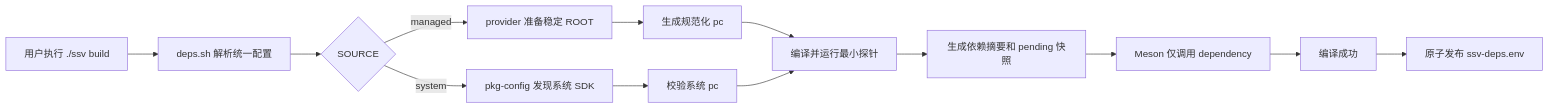
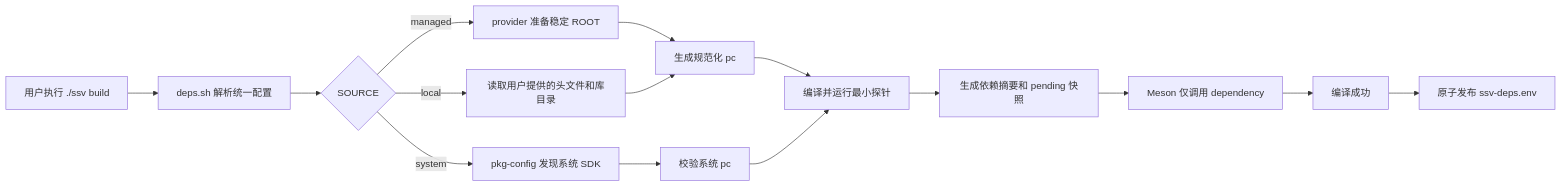
The diagram in docs/specs/2026-07-20-T5-本地依赖管理收敛-spec.md (ssv-develop-team/ssv), drawn with Mermaid before and after one commit. The commit also changed other lines of this file and 6 other files, not shown here.

````diff
--- a/docs/specs/2026-07-20-T5-本地依赖管理收敛-spec.md
+++ b/docs/specs/2026-07-20-T5-本地依赖管理收敛-spec.md
@@ -44,15 +44,17 @@
 ```mermaid
 flowchart LR
     A[用户执行 ./ssv build] --> B[deps.sh 解析统一配置]
     B --> C{SOURCE}
     C -->|managed| D[provider 准备稳定 ROOT]
+    C -->|local| M[读取用户提供的头文件和库目录]
     C -->|system| E[pkg-config 发现系统 SDK]
     D --> F[生成规范化 pc]
+    M --> F
     E --> G[校验系统 pc]
     F --> H[编译并运行最小探针]
     G --> H
     H --> I[生成依赖摘要和 pending 快照]
     I --> J[Meson 仅调用 dependency]
     J --> K[编译成功]
     K --> L[原子发布 ssv-deps.env]
 ```
````
